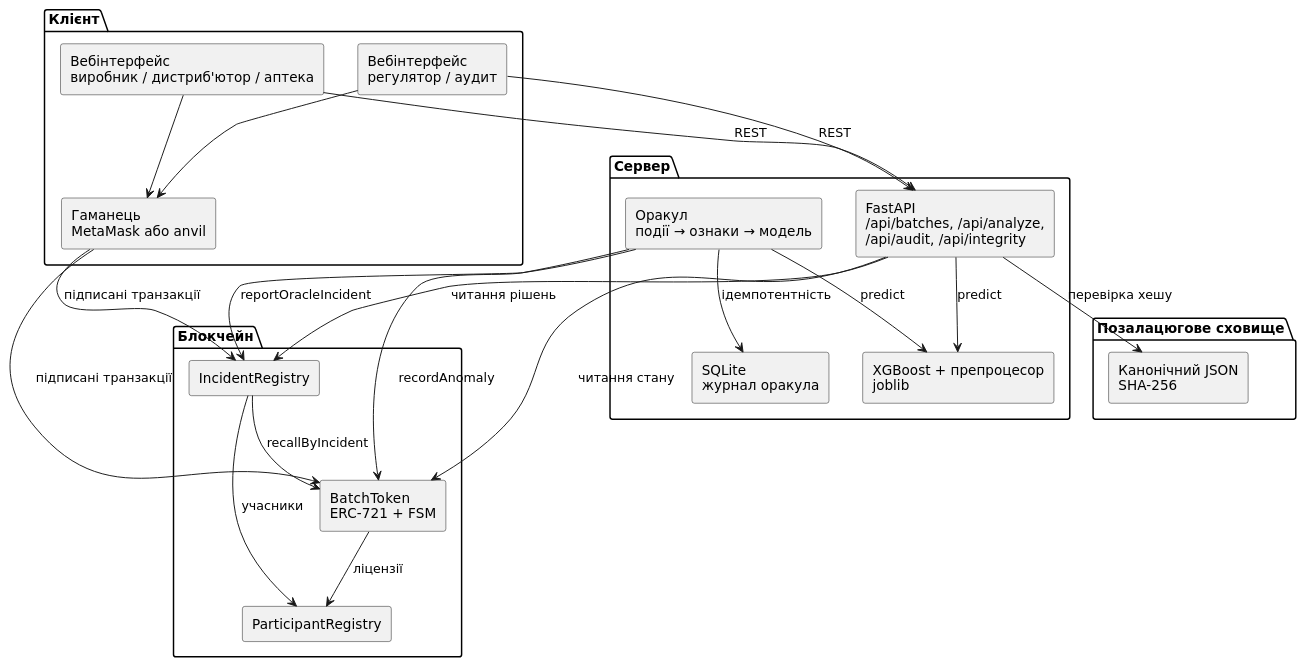
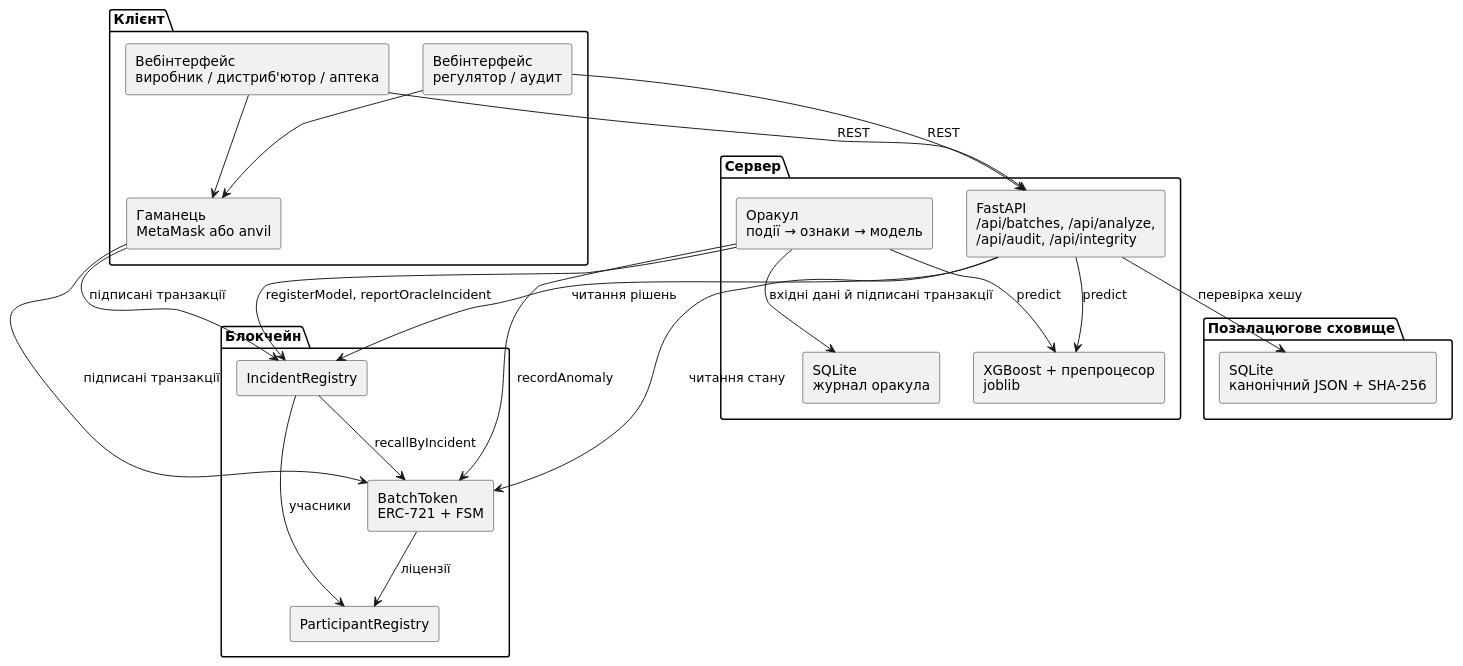
The diagram in diagrams/02_components.puml (NureOsychenkoIllia/pharmatrace), drawn with PlantUML before and after one commit. The commit also changed 44 other files, not shown here.

```diff
--- a/diagrams/02_components.puml
+++ b/diagrams/02_components.puml
@@ -1,45 +1,45 @@
 @startuml
 skinparam defaultFontName "DejaVu Sans"
 skinparam componentStyle rectangle
 
 package "Клієнт" {
   [Вебінтерфейс\nвиробник / дистриб'ютор / аптека] as UI1
   [Вебінтерфейс\nрегулятор / аудит] as UI2
   [Гаманець\nMetaMask або anvil] as Wallet
 }
 
 package "Сервер" {
   [FastAPI\n/api/batches, /api/analyze,\n/api/audit, /api/integrity] as API
   [Оракул\nподії → ознаки → модель] as Oracle
   [XGBoost + препроцесор\njoblib] as Model
   [SQLite\nжурнал оракула] as DB
 }
 
 package "Позалацюгове сховище" {
-  [Канонічний JSON\nSHA-256] as Store
+  [SQLite\nканонічний JSON + SHA-256] as Store
 }
 
 package "Блокчейн" {
   [ParticipantRegistry] as Registry
   [BatchToken\nERC-721 + FSM] as Batch
   [IncidentRegistry] as Incident
 }
 
 UI1 --> API : REST
 UI2 --> API : REST
 UI1 --> Wallet
 UI2 --> Wallet
 Wallet --> Batch : підписані транзакції
 Wallet --> Incident : підписані транзакції
 API --> Batch : читання стану
 API --> Incident : читання рішень
 API --> Model : predict
 API --> Store : перевірка хешу
 Oracle --> Batch : recordAnomaly
-Oracle --> Incident : reportOracleIncident
+Oracle --> Incident : registerModel, reportOracleIncident
 Oracle --> Model : predict
-Oracle --> DB : ідемпотентність
+Oracle --> DB : вхідні дані й підписані транзакції
 Batch --> Registry : ліцензії
 Incident --> Batch : recallByIncident
 Incident --> Registry : учасники
 @enduml
```
